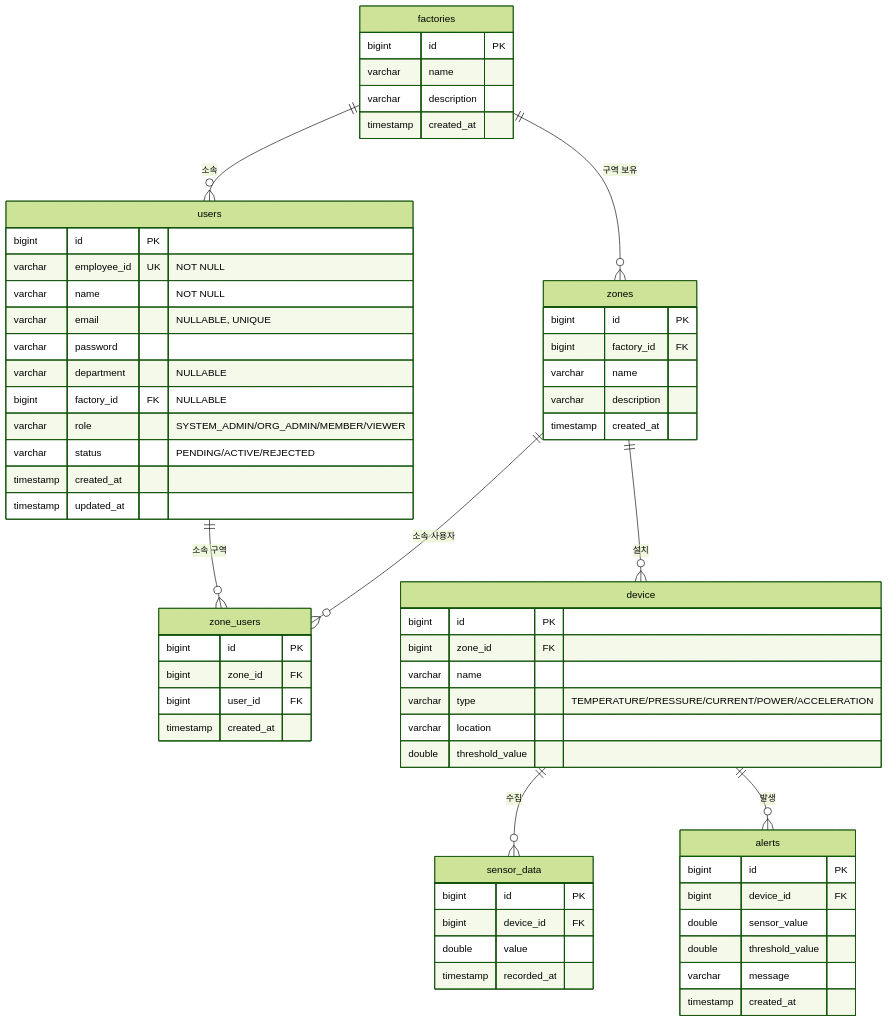
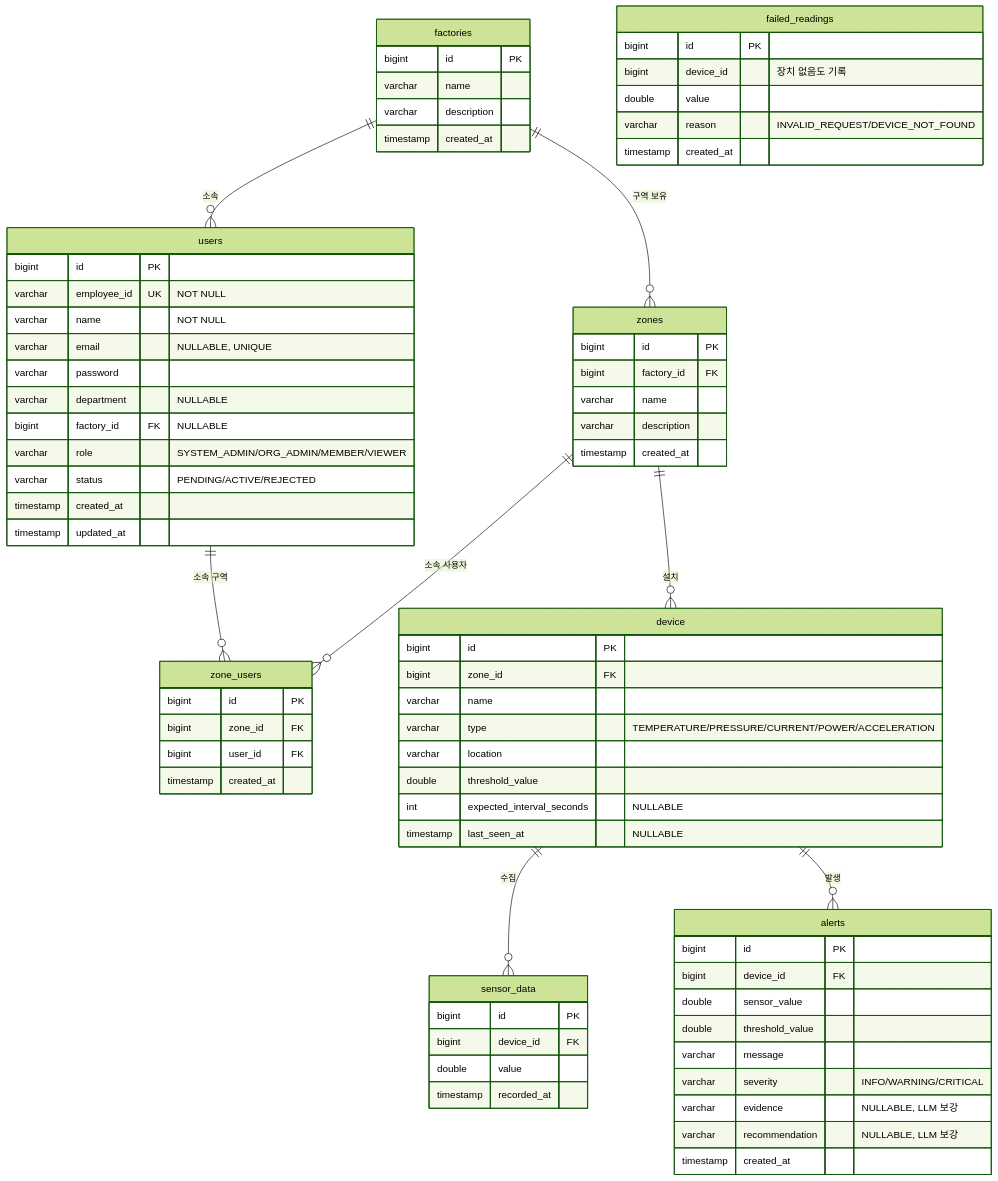
The third of 3 diagrams in README.md (YEONJI-P/iot-sensor-platform), drawn with Mermaid (forest theme) before and after one commit. The commit also changed other lines of this file and 1 other file, not shown here.

```diff
--- a/README.md
+++ b/README.md
@@ -154,6 +167,8 @@
         varchar type "TEMPERATURE/PRESSURE/CURRENT/POWER/ACCELERATION"
         varchar location
         double threshold_value
+        int expected_interval_seconds "NULLABLE"
+        timestamp last_seen_at "NULLABLE"
     }
 
     sensor_data {
@@ -169,6 +184,17 @@
         double sensor_value
         double threshold_value
         varchar message
+        varchar severity "INFO/WARNING/CRITICAL"
+        varchar evidence "NULLABLE, LLM 보강"
+        varchar recommendation "NULLABLE, LLM 보강"
+        timestamp created_at
+    }
+
+    failed_readings {
+        bigint id PK
+        bigint device_id "장치 없음도 기록"
+        double value
+        varchar reason "INVALID_REQUEST/DEVICE_NOT_FOUND"
         timestamp created_at
     }
 
```
